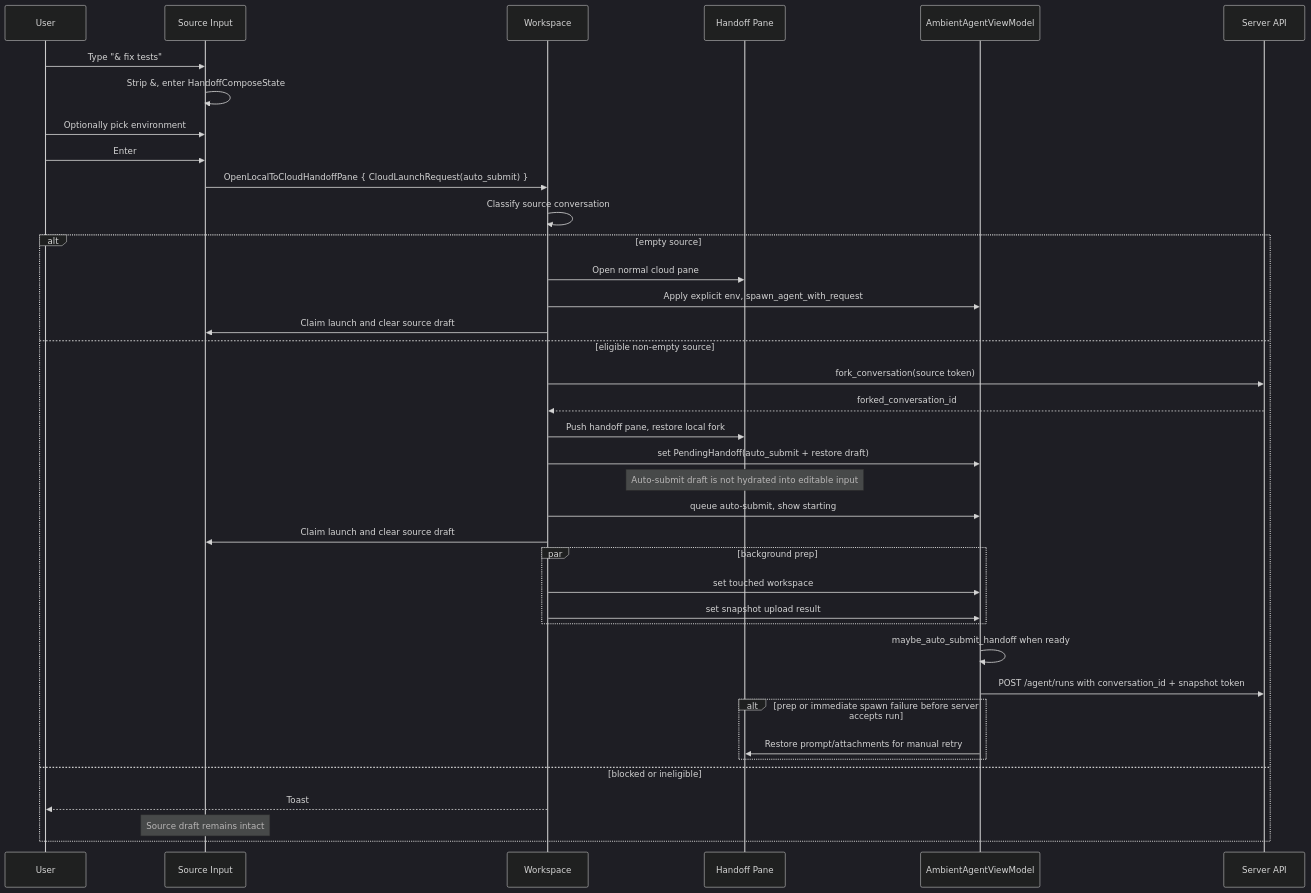
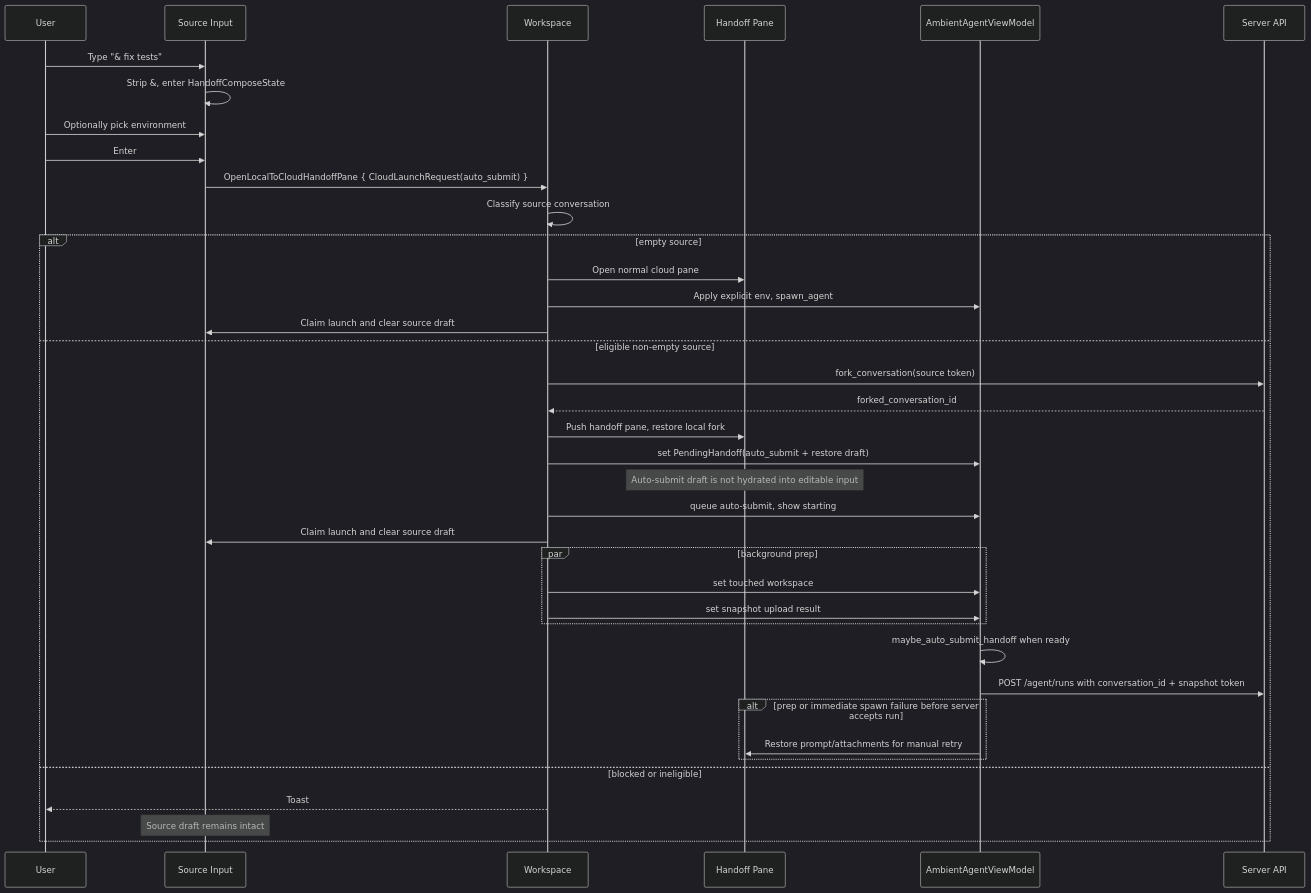
One commit to davidrudduck/warp changed the diagram in specs/REMOTE-1558/TECH.md. Above: the diagram before and after it, drawn with Mermaid (dark theme). The commit also changed other lines of this file and 17 other files, not shown here.

````diff
--- a/specs/REMOTE-1558/TECH.md
+++ b/specs/REMOTE-1558/TECH.md
@@ -115,40 +116,40 @@
 ```mermaid
 sequenceDiagram
     participant U as User
     participant I as Source Input
     participant W as Workspace
     participant HP as Handoff Pane
     participant M as AmbientAgentViewModel
     participant API as Server API
     U->>I: Type "& fix tests"
     I->>I: Strip &, enter HandoffComposeState
     U->>I: Optionally pick environment
     U->>I: Enter
     I->>W: OpenLocalToCloudHandoffPane { CloudLaunchRequest(auto_submit) }
     W->>W: Classify source conversation
     alt empty source
         W->>HP: Open normal cloud pane
-        W->>M: Apply explicit env, spawn_agent_with_request
+        W->>M: Apply explicit env, spawn_agent
         W->>I: Claim launch and clear source draft
     else eligible non-empty source
         W->>API: fork_conversation(source token)
         API-->>W: forked_conversation_id
         W->>HP: Push handoff pane, restore local fork
         W->>M: set PendingHandoff(auto_submit + restore draft)
         Note over HP: Auto-submit draft is not hydrated into editable input
         W->>M: queue auto-submit, show starting
         W->>I: Claim launch and clear source draft
         par background prep
             W->>M: set touched workspace
             W->>M: set snapshot upload result
         end
         M->>M: maybe_auto_submit_handoff when ready
         M->>API: POST /agent/runs with conversation_id + snapshot token
         alt prep or immediate spawn failure before server accepts run
             M->>HP: Restore prompt/attachments for manual retry
         end
     else blocked or ineligible
         W-->>U: Toast
         Note over I: Source draft remains intact
     end
 ```
````
